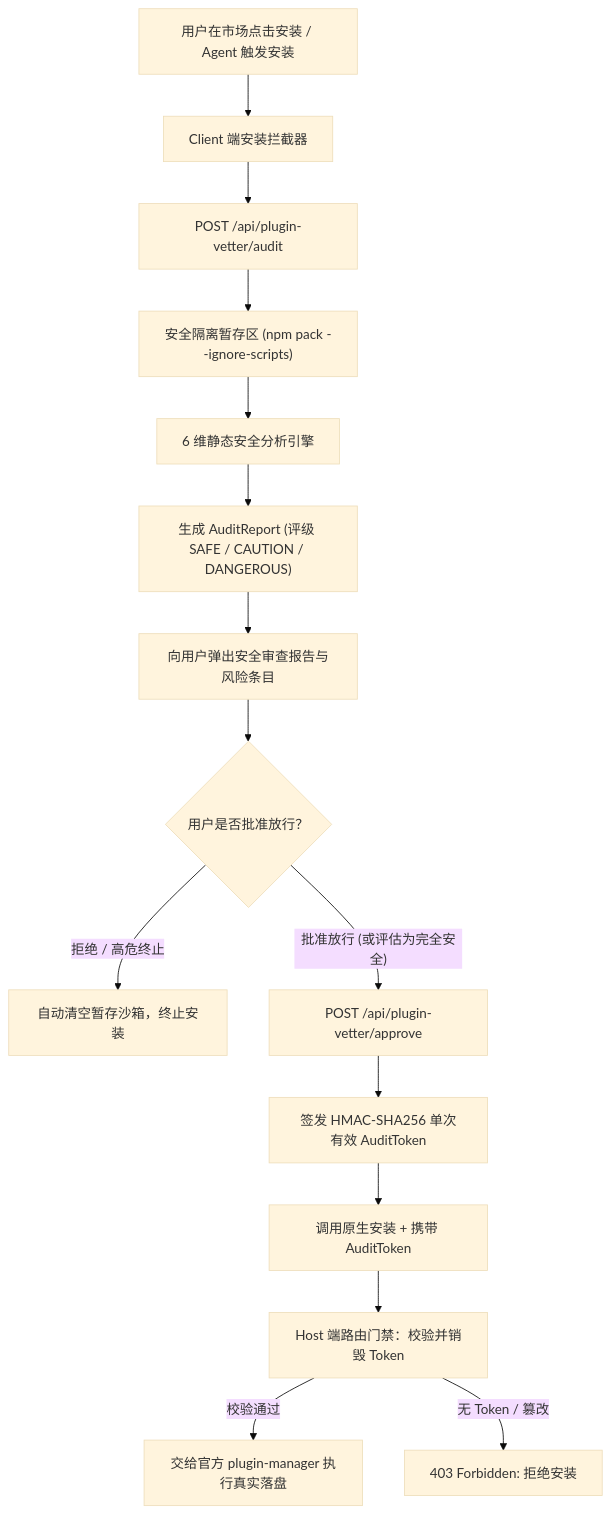
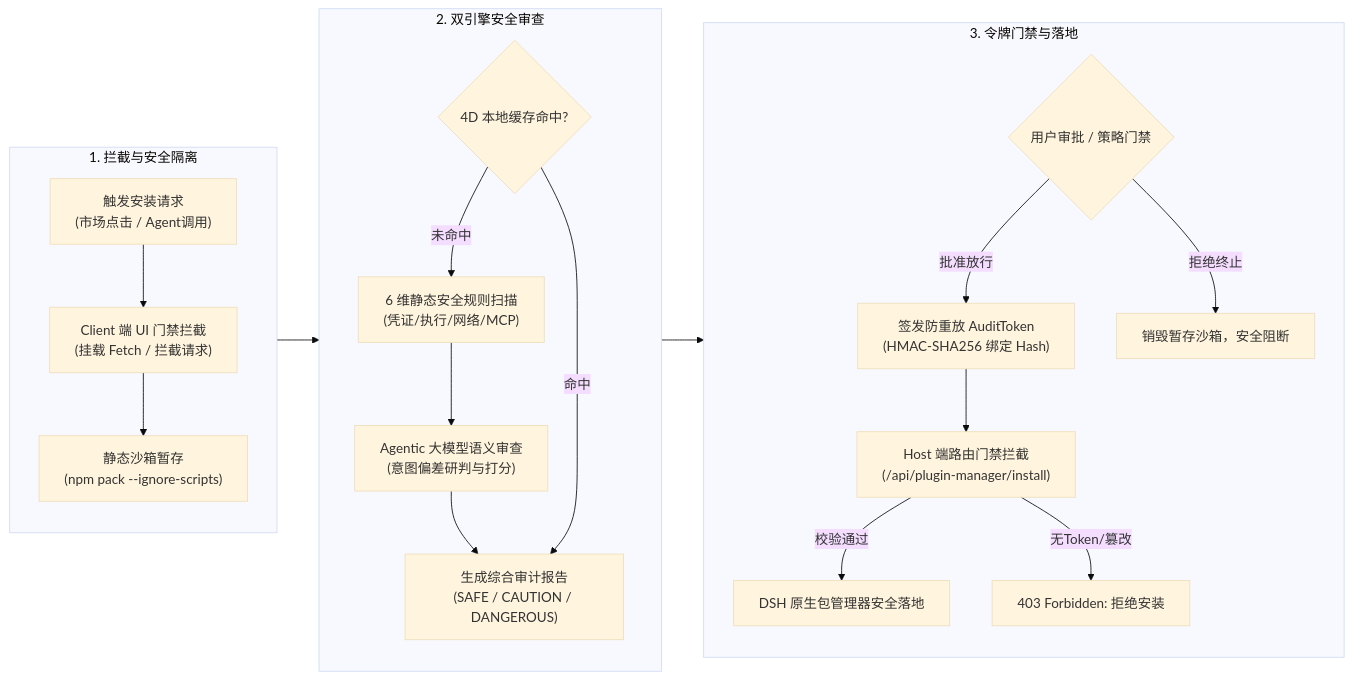
The diagram in README.zh.md (Ronnoc/dsh-plugin-guard), drawn with Mermaid (base theme) before and after one commit. The commit also changed 1 other file, not shown here.

Commit message:
docs: update architecture flowcharts in README

````diff
--- a/README.zh.md
+++ b/README.zh.md
@@ -59,17 +59,30 @@
 ```mermaid
-flowchart TD
-    User["用户在市场点击安装 / Agent 触发安装"] --> Intercept["Client 端安装拦截器"]
-    Intercept --> RequestAudit["POST /api/plugin-vetter/audit"]
-    RequestAudit --> Staging["安全隔离暂存区 (npm pack --ignore-scripts)"]
-    Staging --> Scan["6 维静态安全分析引擎"]
-    Scan --> Report["生成 AuditReport (评级 SAFE / CAUTION / DANGEROUS)"]
-    Report --> Modal["向用户弹出安全审查报告与风险条目"]
-    Modal --> Choice{"用户是否批准放行？"}
-    Choice -- "拒绝 / 高危终止" --> Abort["自动清空暂存沙箱，终止安装"]
-    Choice -- "批准放行 (或评估为完全安全)" --> TokenReq["POST /api/plugin-vetter/approve"]
-    TokenReq --> IssueToken["签发 HMAC-SHA256 单次有效 AuditToken"]
-    IssueToken --> RealInstall["调用原生安装 + 携带 AuditToken"]
-    RealInstall --> HostGate["Host 端路由门禁：校验并销毁 Token"]
-    HostGate -- 校验通过 --> NativeInstall["交给官方 plugin-manager 执行真实落盘"]
-    HostGate -- 无 Token / 篡改 --> Reject["403 Forbidden: 拒绝安装"]
+flowchart LR
+    subgraph P1["1. 拦截与安全隔离"]
+        direction TB
+        Trigger["触发安装请求\n(市场点击 / Agent调用)"] --> ClientGate["Client 端 UI 门禁拦截\n(挂载 Fetch / 拦截请求)"]
+        ClientGate --> Staging["静态沙箱暂存\n(npm pack --ignore-scripts)"]
+    end
+
+    subgraph P2["2. 双引擎安全审查"]
+        direction TB
+        Cache{"4D 本地缓存命中?"}
+        Cache -- 未命中 --> Static["6 维静态安全规则扫描\n(凭证/执行/网络/MCP)"]
+        Static --> Agent["Agentic 大模型语义审查\n(意图偏差研判与打分)"]
+        Agent --> Report["生成综合审计报告\n(SAFE / CAUTION / DANGEROUS)"]
+        Cache -- 命中 --> Report
+    end
+
+    subgraph P3["3. 令牌门禁与落地"]
+        direction TB
+        Gate{"用户审批 / 策略门禁"}
+        Gate -- 批准放行 --> Token["签发防重放 AuditToken\n(HMAC-SHA256 绑定 Hash)"]
+        Token --> HostGate["Host 端路由门禁拦截\n(/api/plugin-manager/install)"]
+        HostGate -- 校验通过 --> Install["DSH 原生包管理器安全落地"]
+        Gate -- 拒绝终止 --> Abort["销毁暂存沙箱，安全阻断"]
+        HostGate -- 无Token/篡改 --> Reject["403 Forbidden: 拒绝安装"]
+    end
+
+    Staging --> Cache
+    Report --> Gate
 ```
````
